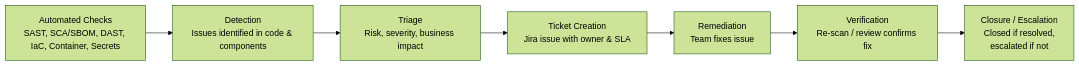
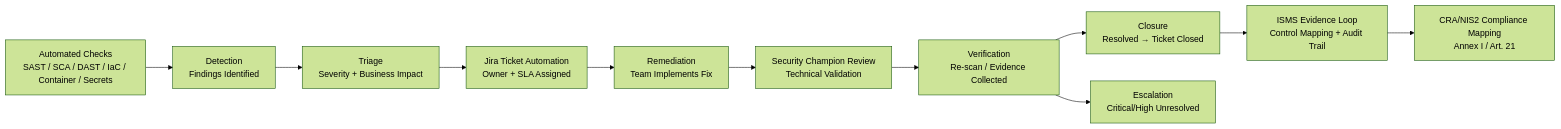
Before and after one commit to Mynkskhr/Mapping: the third of 3 diagrams in inDev.md, drawn with Mermaid (forest theme).

````diff
--- a/inDev.md
+++ b/inDev.md
@@ -38,16 +38,24 @@
 ```mermaid
 
 flowchart LR
 
-    A[Automated Checks<br>SAST, SCA/SBOM, DAST, IaC, Container, Secrets]
-    B[Detection<br>Issues identified in code & components]
-    C[Triage<br>Risk, severity, business impact]
-    D[Ticket Creation<br>Jira issue with owner & SLA]
-    E[Remediation<br>Team fixes issue]
-    F[Verification<br>Re-scan / review confirms fix]
-    G[Closure / Escalation<br>Closed if resolved,<br>escalated if not]
+    A[Automated Checks<br>SAST / SCA / DAST / IaC / Container / Secrets]
+    B[Detection<br>Findings Identified]
+    C[Triage<br>Severity + Business Impact]
+    D[Jira Ticket Automation<br>Owner + SLA Assigned]
+    E[Remediation<br>Team Implements Fix]
+    F[Security Champion Review<br>Technical Validation]
+    G[Verification<br>Re-scan / Evidence Collected]
+    H[Closure<br>Resolved → Ticket Closed]
+    I[Escalation<br>Critical/High Unresolved]
+    J[ISMS Evidence Loop<br>Control Mapping + Audit Trail]
+    K[CRA/NIS2 Compliance Mapping<br>Annex I / Art. 21]
 
-    A --> B --> C --> D --> E --> F --> G
+    A --> B --> C --> D --> E --> F --> G --> H
+    G --> I
+    H --> J
+    J --> K
+
 
 
 ```
````
